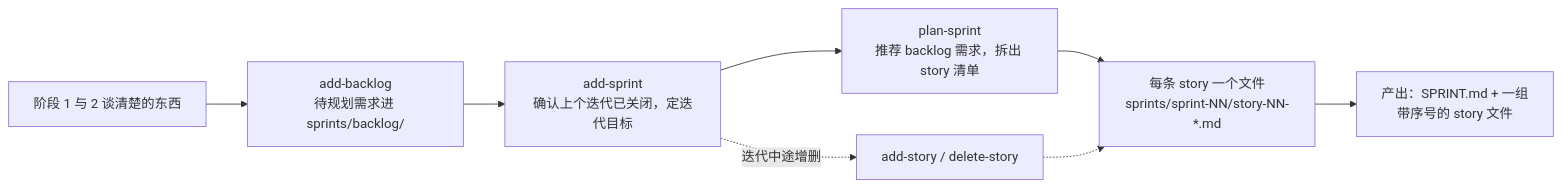
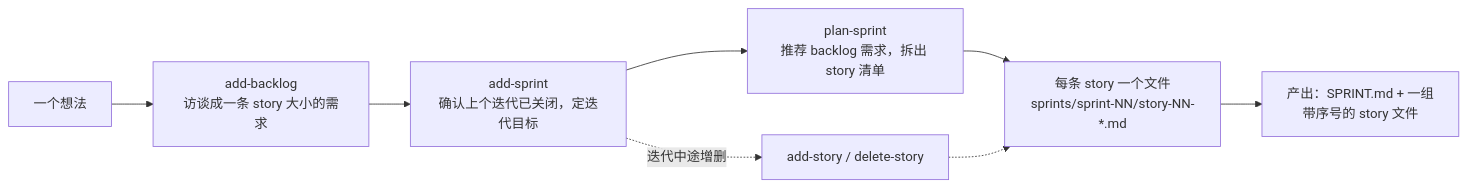
Before and after one commit to m430/skills: the fifth of 8 diagrams in README.md, drawn with Mermaid. The commit also changed other lines of this file and 30 other files, not shown here.

````diff
--- a/README.md
+++ b/README.md
@@ -134,10 +134,10 @@
 ```mermaid
 flowchart LR
-    C["阶段 1 与 2 谈清楚的东西"] --> AB["add-backlog<br/>待规划需求进 sprints/backlog/"]
+    C["一个想法"] --> AB["add-backlog<br/>访谈成一条 story 大小的需求"]
     AB --> AS["add-sprint<br/>确认上个迭代已关闭，定迭代目标"]
     AS --> PS["plan-sprint<br/>推荐 backlog 需求，拆出 story 清单"]
     PS --> SF["每条 story 一个文件<br/>sprints/sprint-NN/story-NN-*.md"]
     SF --> O["产出：SPRINT.md + 一组<br/>带序号的 story 文件"]
     AS -.->|迭代中途增删| ED["add-story / delete-story"]
     ED -.-> SF
 ```
````
